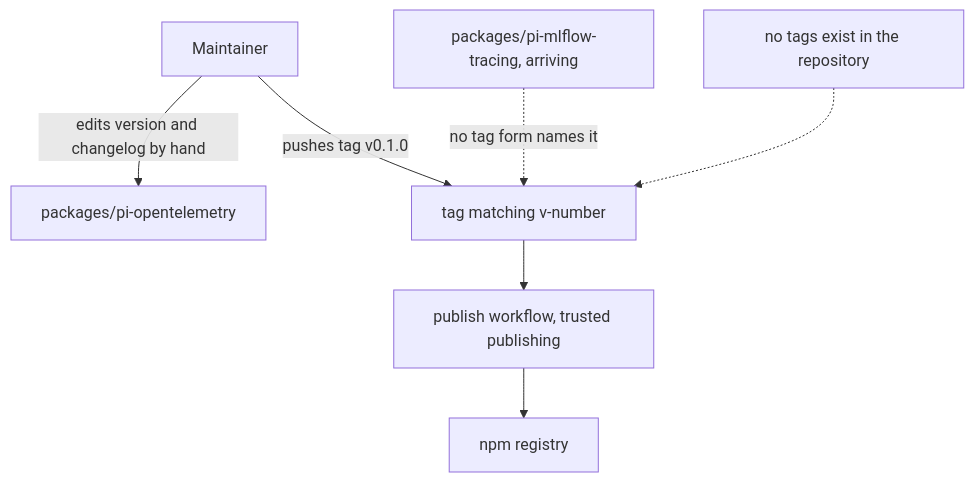
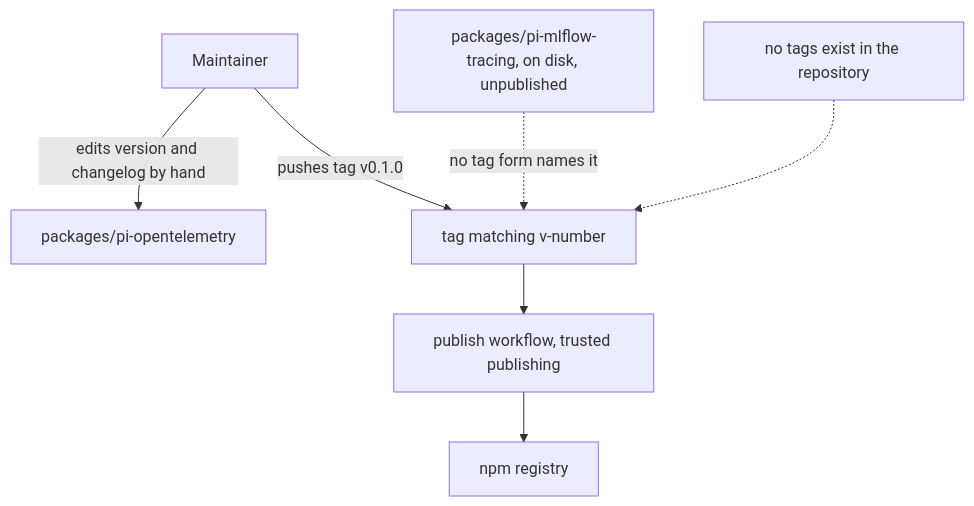
The first of 4 diagrams in docs/cr/CR-0009-monorepo-release-management.md (desek/agent-observability), drawn with Mermaid before and after one commit. The commit also changed other lines of this file, not shown here.

````diff
--- a/docs/cr/CR-0009-monorepo-release-management.md
+++ b/docs/cr/CR-0009-monorepo-release-management.md
@@ -64,9 +66,9 @@
 ```mermaid
 flowchart TD
     DEV["Maintainer"] -->|"edits version and changelog by hand"| PKG["packages/pi-opentelemetry"]
     DEV -->|"pushes tag v0.1.0"| TAG["tag matching v-number"]
     TAG --> PUB["publish workflow, trusted publishing"]
     PUB --> NPM["npm registry"]
-    NEW["packages/pi-mlflow-tracing, arriving"] -.->|"no tag form names it"| TAG
+    NEW["packages/pi-mlflow-tracing, on disk, unpublished"] -.->|"no tag form names it"| TAG
     NOTE["no tags exist in the repository"] -.-> TAG
 ```
````
